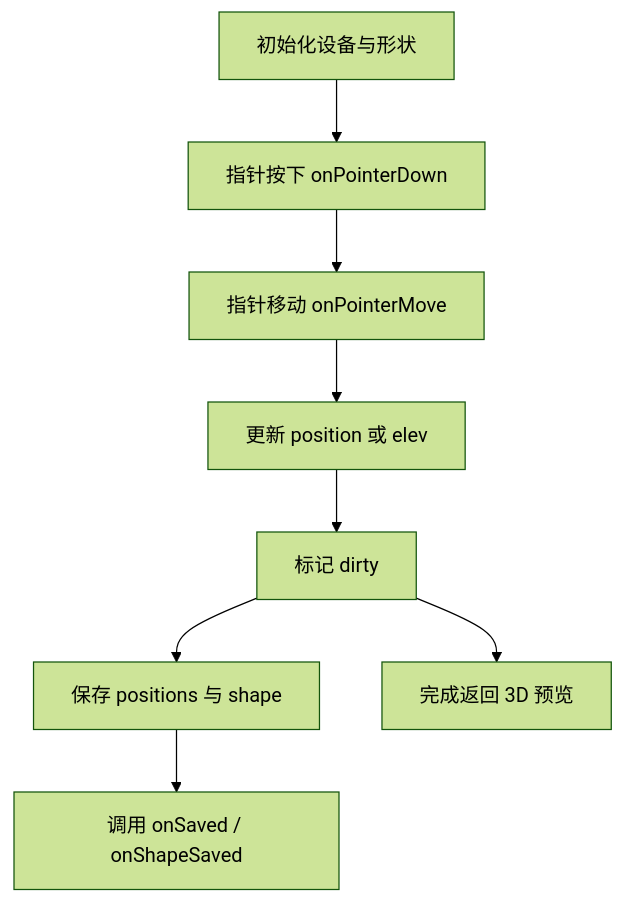
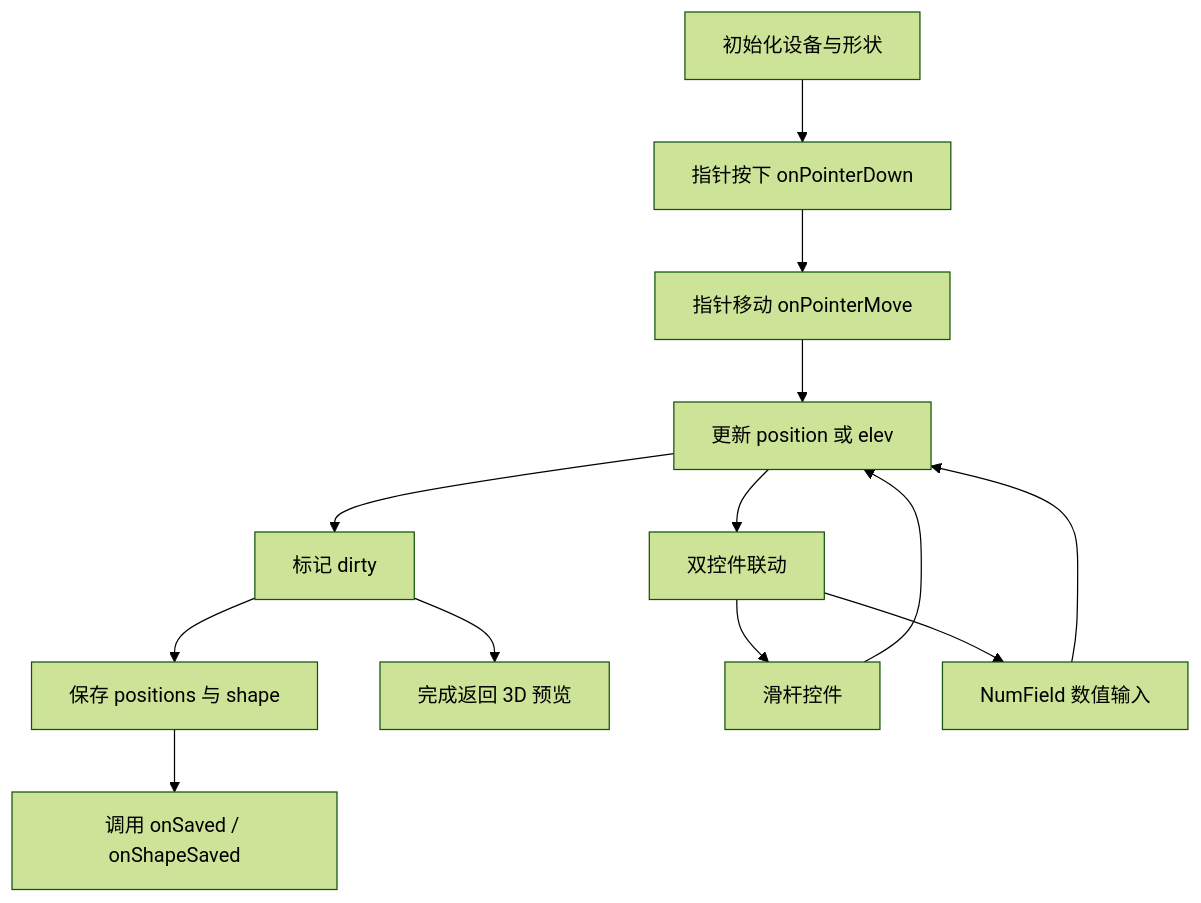
Before and after one commit to zh79325/opple-cloud-adapter: the seventh of 9 diagrams in .qoder/repowiki/zh/content/Web控制台/UI组件架构.md, drawn with Mermaid (forest theme). The commit also changed other lines of this file and 29 other files, not shown here.

````diff
--- a/.qoder/repowiki/zh/content/Web控制台/UI组件架构.md
+++ b/.qoder/repowiki/zh/content/Web控制台/UI组件架构.md
@@ -234,10 +275,15 @@
 ```mermaid
 flowchart TD
 Init["初始化设备与形状"] --> DragStart["指针按下 onPointerDown"]
 DragStart --> DragMove["指针移动 onPointerMove"]
 DragMove --> UpdatePos["更新 position 或 elev"]
 UpdatePos --> Dirty["标记 dirty"]
 Dirty --> Save["保存 positions 与 shape"]
 Save --> Callbacks["调用 onSaved / onShapeSaved"]
 Dirty --> Finish["完成返回 3D 预览"]
+UpdatePos --> DualControl["双控件联动"]
+DualControl --> Slider["滑杆控件"]
+DualControl --> NumField["NumField 数值输入"]
+Slider --> UpdatePos
+NumField --> UpdatePos
 ```
````
